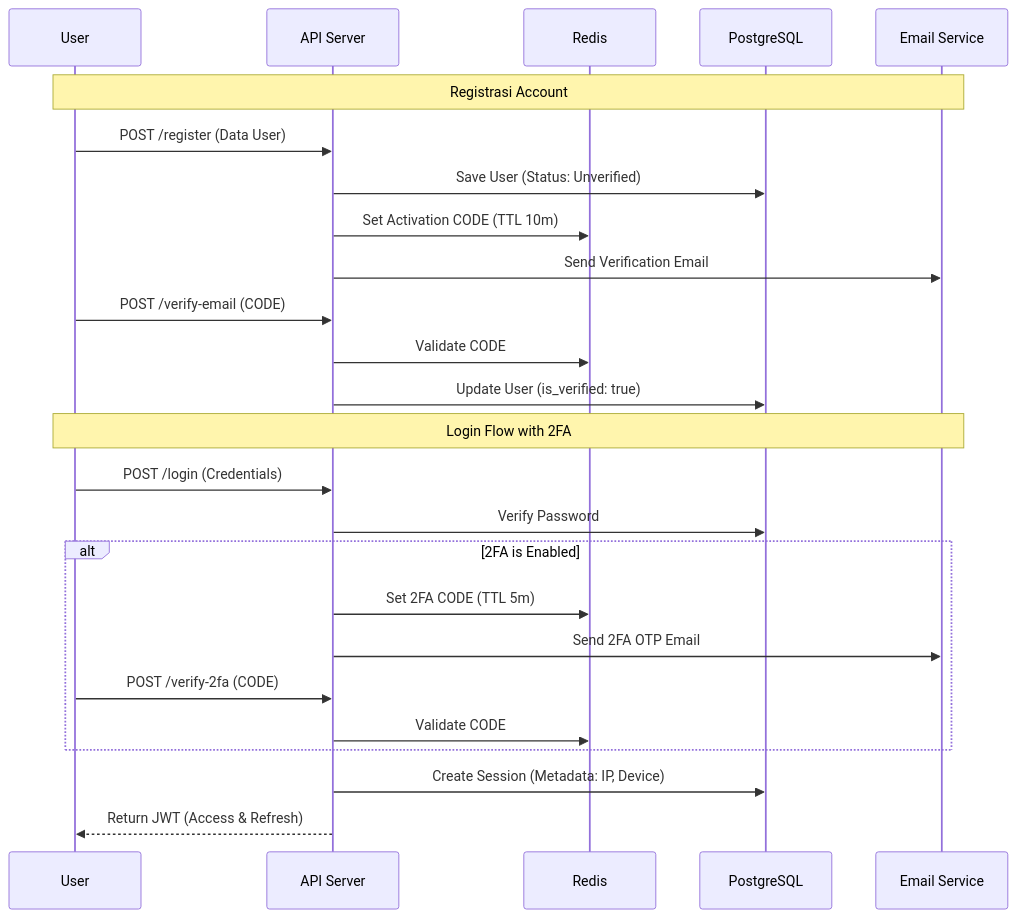
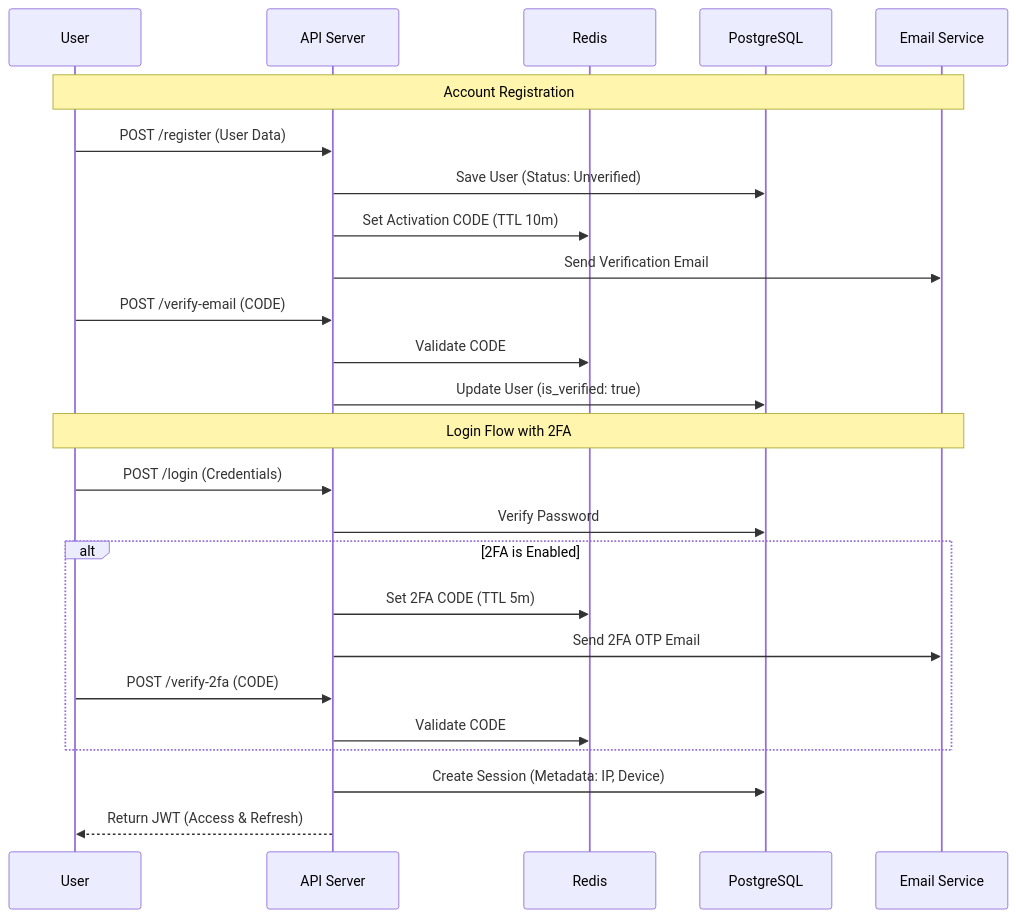
One commit to masumrpg/go_boilerplate changed the second of 2 diagrams in README.md. Above: the diagram before and after it, drawn with Mermaid. The commit also changed other lines of this file and 4 other files, not shown here.

````diff
--- a/README.md
+++ b/README.md
@@ -79,29 +78,29 @@
 ```mermaid
 sequenceDiagram
     participant User
     participant API as API Server
     participant Redis
     participant DB as PostgreSQL
     participant Mail as Email Service
 
-    Note over User, Mail: Registrasi Account
-    User->>API: POST /register (Data User)
+    Note over User, Mail: Account Registration
+    User->>API: POST /register (User Data)
     API->>DB: Save User (Status: Unverified)
     API->>Redis: Set Activation CODE (TTL 10m)
     API->>Mail: Send Verification Email
     User->>API: POST /verify-email (CODE)
     API->>Redis: Validate CODE
     API->>DB: Update User (is_verified: true)
 
     Note over User, Mail: Login Flow with 2FA
     User->>API: POST /login (Credentials)
     API->>DB: Verify Password
     alt 2FA is Enabled
         API->>Redis: Set 2FA CODE (TTL 5m)
         API->>Mail: Send 2FA OTP Email
         User->>API: POST /verify-2fa (CODE)
         API->>Redis: Validate CODE
     end
     API->>DB: Create Session (Metadata: IP, Device)
     API-->>User: Return JWT (Access & Refresh)
 ```
````
